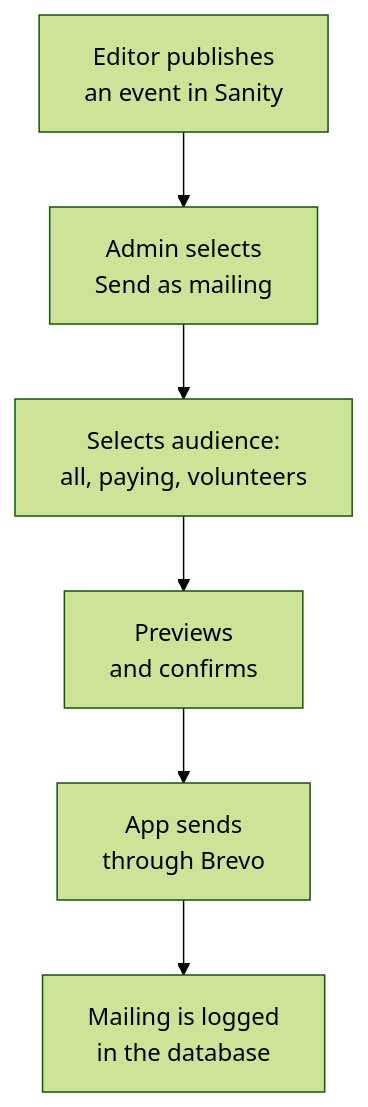
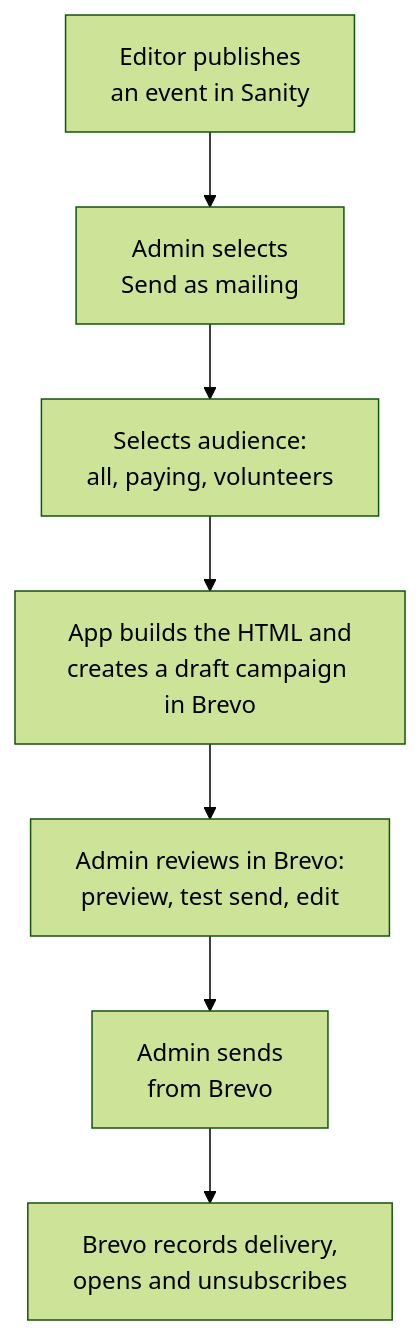
Before and after one commit to AlexanderReaper7/teaterihuskvarna: the third of 4 diagrams in docs/projektplan.md, drawn with Mermaid (forest theme). The commit also changed other lines of this file and 6 other files, not shown here.

````diff
--- a/docs/projektplan.md
+++ b/docs/projektplan.md
@@ -128,11 +140,12 @@
 ```mermaid
 flowchart TD
     publish[Editor publishes<br/>an event in Sanity]
     choose[Admin selects<br/>Send as mailing]
     audience["Selects audience:<br/>all, paying, volunteers"]
-    review[Previews<br/>and confirms]
-    send[App sends<br/>through Brevo]
-    log[Mailing is logged<br/>in the database]
+    draft[App builds the HTML and<br/>creates a draft campaign in Brevo]
+    review[Admin reviews in Brevo:<br/>preview, test send, edit]
+    send[Admin sends<br/>from Brevo]
+    log[Brevo records delivery,<br/>opens and unsubscribes]
 
-    publish --> choose --> audience --> review --> send --> log
+    publish --> choose --> audience --> draft --> review --> send --> log
 ```
````
